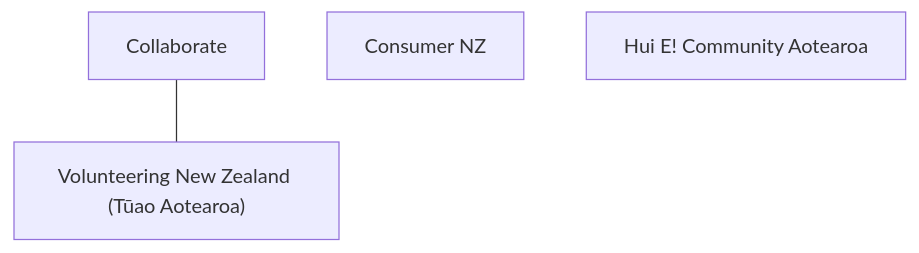
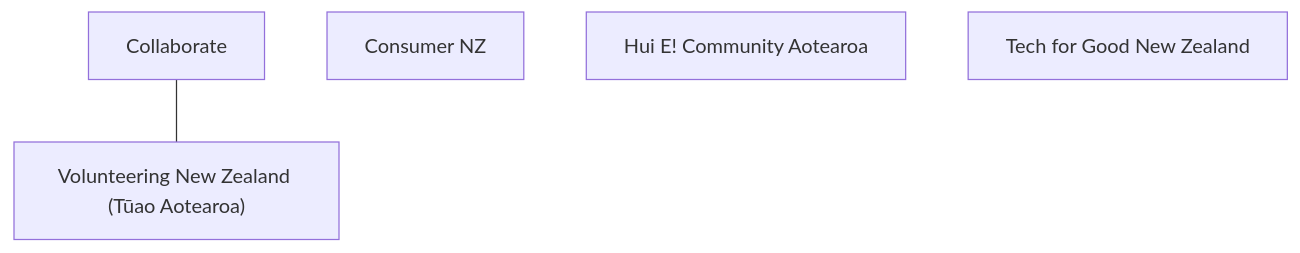
One commit to olitreadwell/nz-tech-for-good changed diagram 16 of 24 in GUIDE.md. Above: the diagram before and after it, drawn with Mermaid. The commit also changed other lines of this file and 17 other files, not shown here.

````diff
--- a/GUIDE.md
+++ b/GUIDE.md
@@ -338,8 +338,9 @@
 ```mermaid
 flowchart TD
     n_Collaborate["Collaborate"]
     n_ConsumerNZ["Consumer NZ"]
     n_HuiECommunityAotearoa["Hui E! Community Aotearoa"]
+    n_TechforGoodNewZealand["Tech for Good New Zealand"]
     n_VolunteeringNewZealandTa["Volunteering New Zealand (Tūao Aotearoa)"]
     n_Collaborate --- n_VolunteeringNewZealandTa
 ```
````
